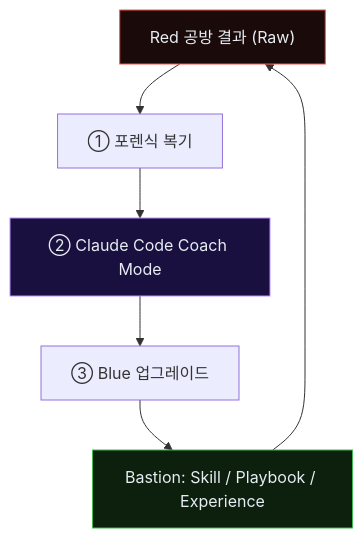
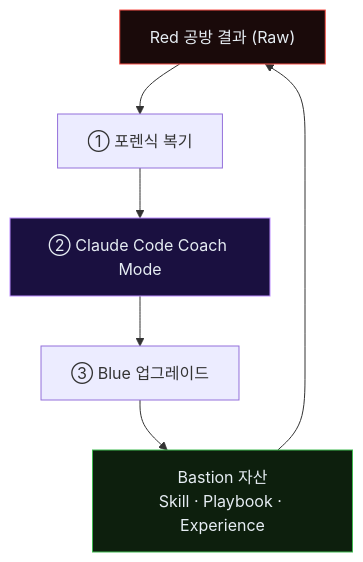
Before and after one commit to mrgrit/ccc: the fifth of 5 diagrams in contents/education/course19-agent-incident-response/week01/lecture.md, drawn with Mermaid. The commit also changed other lines of this file, not shown here.

First line of the commit message:
chore(content): course19 w01 수기 검토 — 사례 섹션 폐기 + 다이어그램 #5 라벨 줄바꿈

````diff
--- a/contents/education/course19-agent-incident-response/week01/lecture.md
+++ b/contents/education/course19-agent-incident-response/week01/lecture.md
@@ -598,13 +598,13 @@
 ```mermaid
 flowchart TD
     R["Red 공방 결과 (Raw)"]
     F["① 포렌식 복기"]
     C["② Claude Code Coach Mode"]
     U["③ Blue 업그레이드"]
-    K["Bastion: Skill / Playbook / Experience"]
+    K["Bastion 자산<br/>Skill · Playbook · Experience"]
     R --> F --> C --> U --> K
     K --> R
     style R fill:#1a0a0a,stroke:#f85149,color:#e6edf3
     style C fill:#1a1040,stroke:#bc8cff,color:#e6edf3
     style K fill:#0d1f0d,stroke:#3fb950,color:#e6edf3
 ```
````
